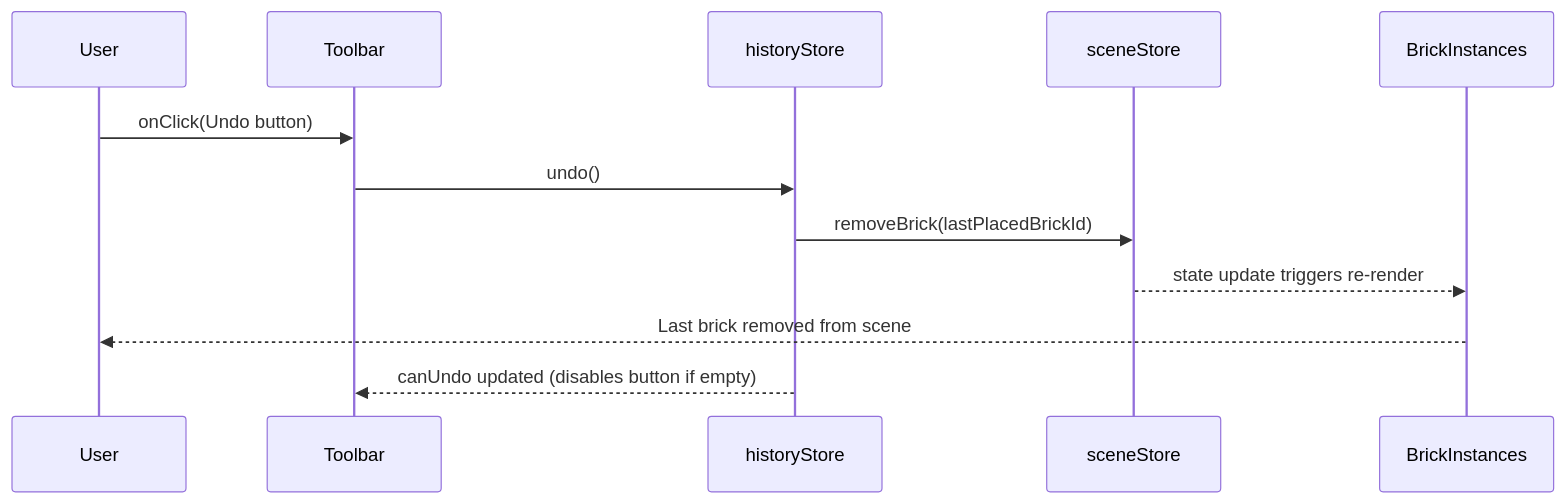
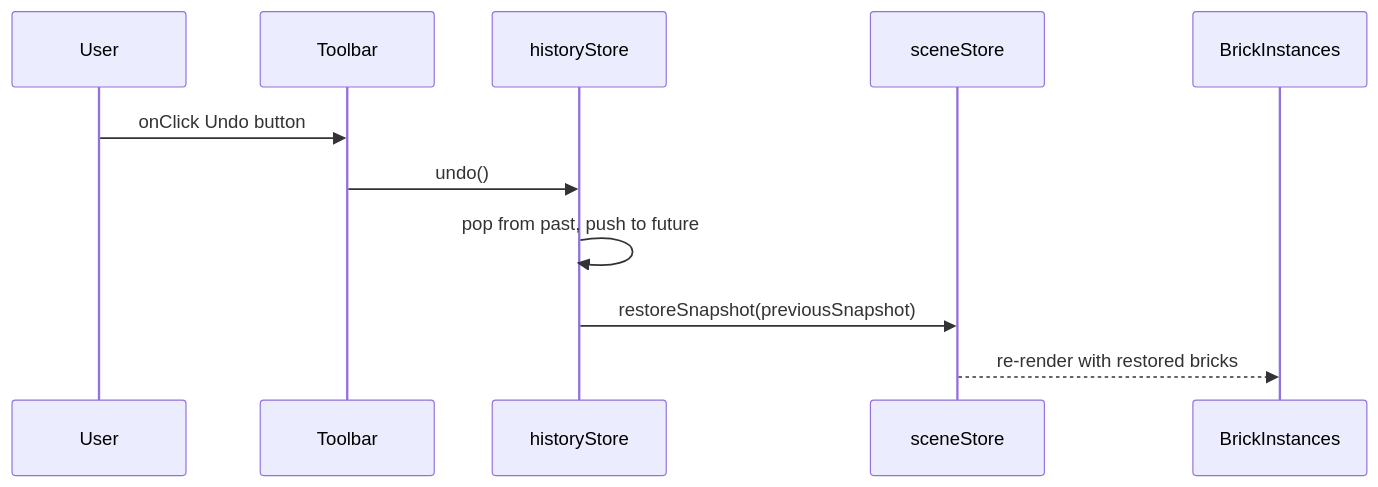
One commit to sreenivasmrpivot/legobuilder changed the third of 5 diagrams in docs/bugs/BUG-088/LOW_LEVEL_DESIGN.md. Above: the diagram before and after it, drawn with Mermaid. The commit also changed other lines of this file, not shown here.

````diff
--- a/docs/bugs/BUG-088/LOW_LEVEL_DESIGN.md
+++ b/docs/bugs/BUG-088/LOW_LEVEL_DESIGN.md
@@ -586,15 +460,13 @@
 ```mermaid
 sequenceDiagram
     participant User
     participant Toolbar
     participant historyStore
     participant sceneStore
-    participant BrickInstances
 
-    User->>Toolbar: onClick(Undo button)
+    User->>Toolbar: onClick Undo button
     Toolbar->>historyStore: undo()
-    historyStore->>sceneStore: removeBrick(lastPlacedBrickId)
-    sceneStore-->>BrickInstances: state update triggers re-render
-    BrickInstances-->>User: Last brick removed from scene
-    historyStore-->>Toolbar: canUndo updated (disables button if empty)
+    historyStore->>historyStore: pop from past, push to future
+    historyStore->>sceneStore: restoreSnapshot(previousSnapshot)
+    sceneStore-->>BrickInstances: re-render with restored bricks
 ```
````
